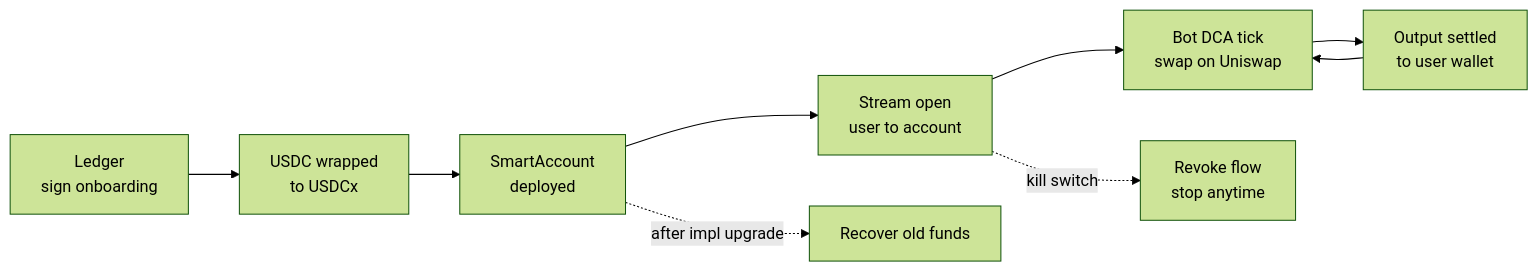
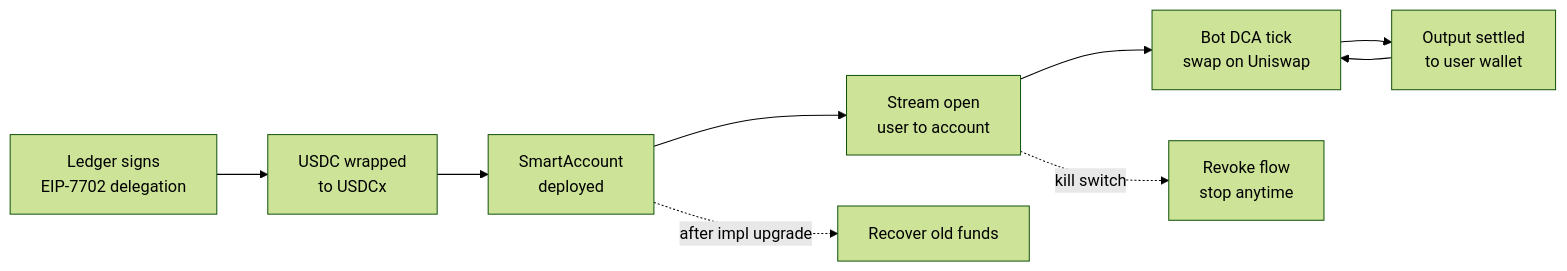
One commit to JulioMCruz/Streams changed the fourth of 4 diagrams in README.md. Above: the diagram before and after it, drawn with Mermaid (forest theme). The commit also changed other lines of this file, not shown here.

Commit message:
highlight eip-7702 in diagrams

````diff
--- a/README.md
+++ b/README.md
@@ -89,11 +89,11 @@
 ```mermaid
 flowchart LR
-    A["Ledger<br/>sign onboarding"] --> B["USDC wrapped<br/>to USDCx"]
+    A["Ledger signs<br/>EIP-7702 delegation"] --> B["USDC wrapped<br/>to USDCx"]
     B --> C["SmartAccount<br/>deployed"]
     C --> D["Stream open<br/>user to account"]
     D --> E["Bot DCA tick<br/>swap on Uniswap"]
     E --> F["Output settled<br/>to user wallet"]
     F --> E
     D -.->|kill switch| G["Revoke flow<br/>stop anytime"]
     C -.->|after impl upgrade| H["Recover old funds"]
 ```
````
